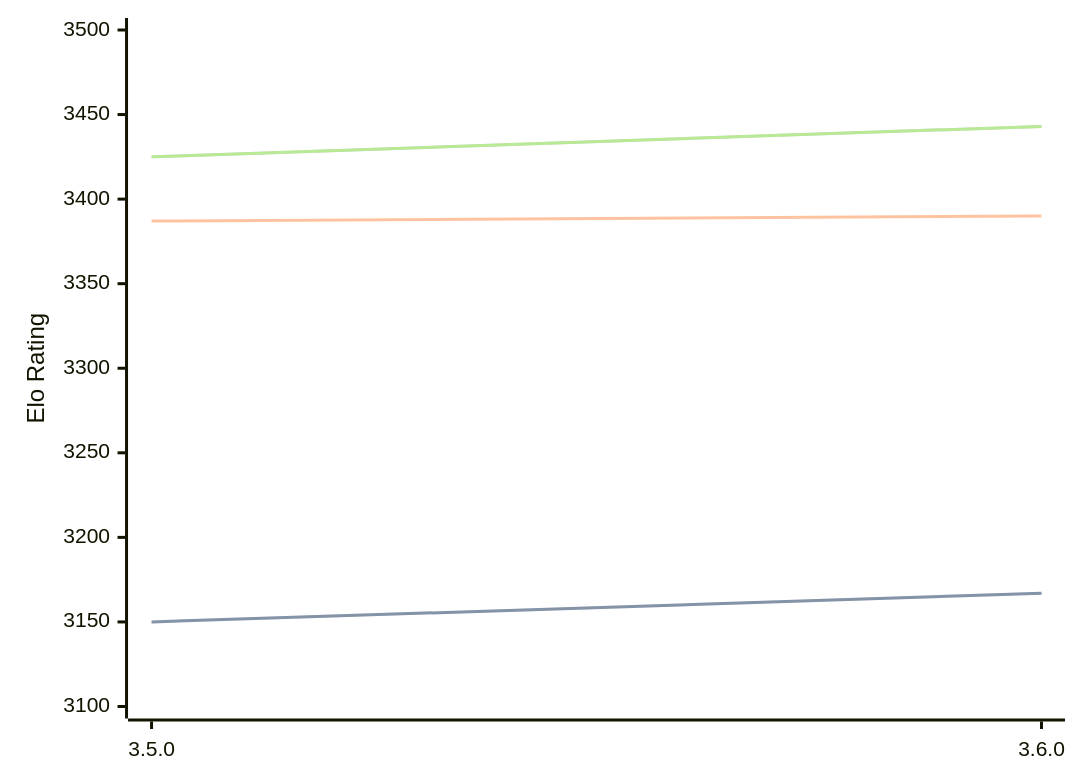
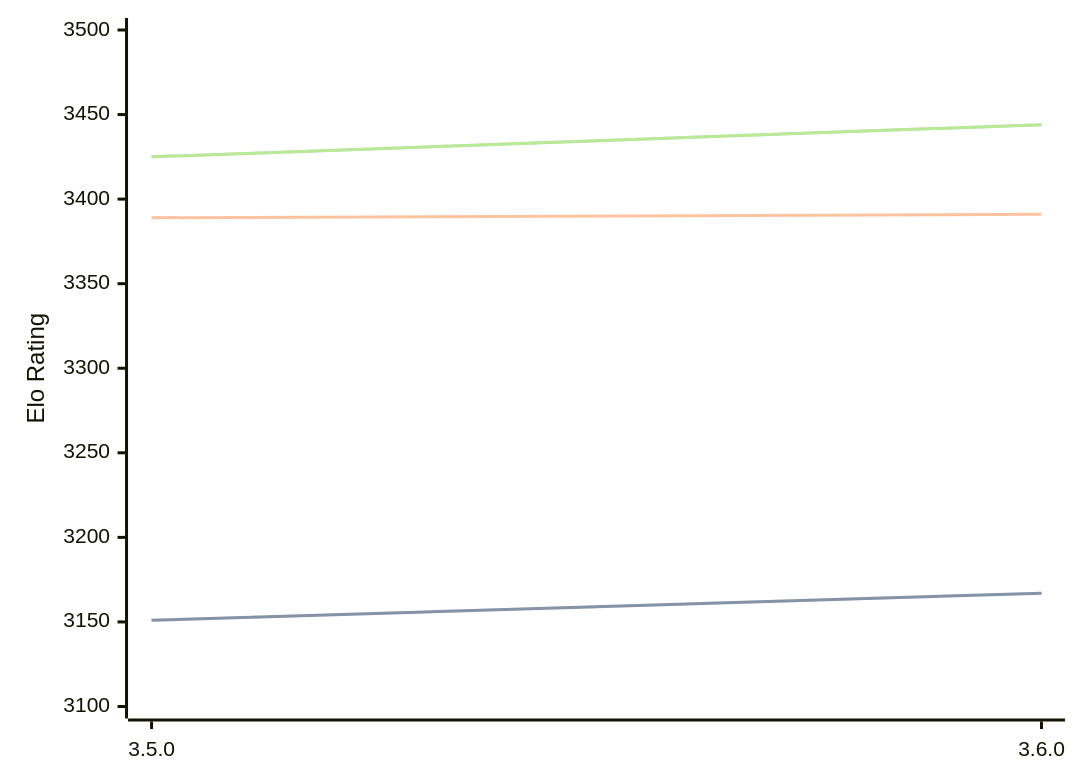
The third of 3 diagrams in engines/Igel.md (computer-chess-index/cci), drawn with Mermaid before and after one commit. The commit also changed other lines of this file, not shown here.

Commit message:
Update CCI Ratings (ELO VLTC) - 2026-06-23

````diff
--- a/engines/Igel.md
+++ b/engines/Igel.md
@@ -101,11 +101,11 @@
 ```mermaid
 %%{init: {"theme":"base","themeVariables":{"seriesColors:['#a3a3a3','#222221','#faa371']}}}%%
 xychart-beta
   x-axis ["3.5.0", "3.6.0"]
   y-axis "Elo Rating" 3100 --> 3500
-  line "STC (8.0+0.08s)" [3150, 3167]
-  line "STC (8.0+0.08s)" [3150, 3167]
-  line "LTC (60.0+0.60s)" [3387, 3390]
-  line "VLTC (2m24s+1.12s)" [3425, 3443]
-  line "VLTC (2m24s+1.12s)" [3425, 3443]
+  line "STC (8.0+0.08s)" [3151, 3167]
+  line "STC (8.0+0.08s)" [3151, 3167]
+  line "LTC (60.0+0.60s)" [3389, 3391]
+  line "VLTC (2m24s+1.12s)" [3425, 3444]
+  line "VLTC (2m24s+1.12s)" [3425, 3444]
 ```
````
